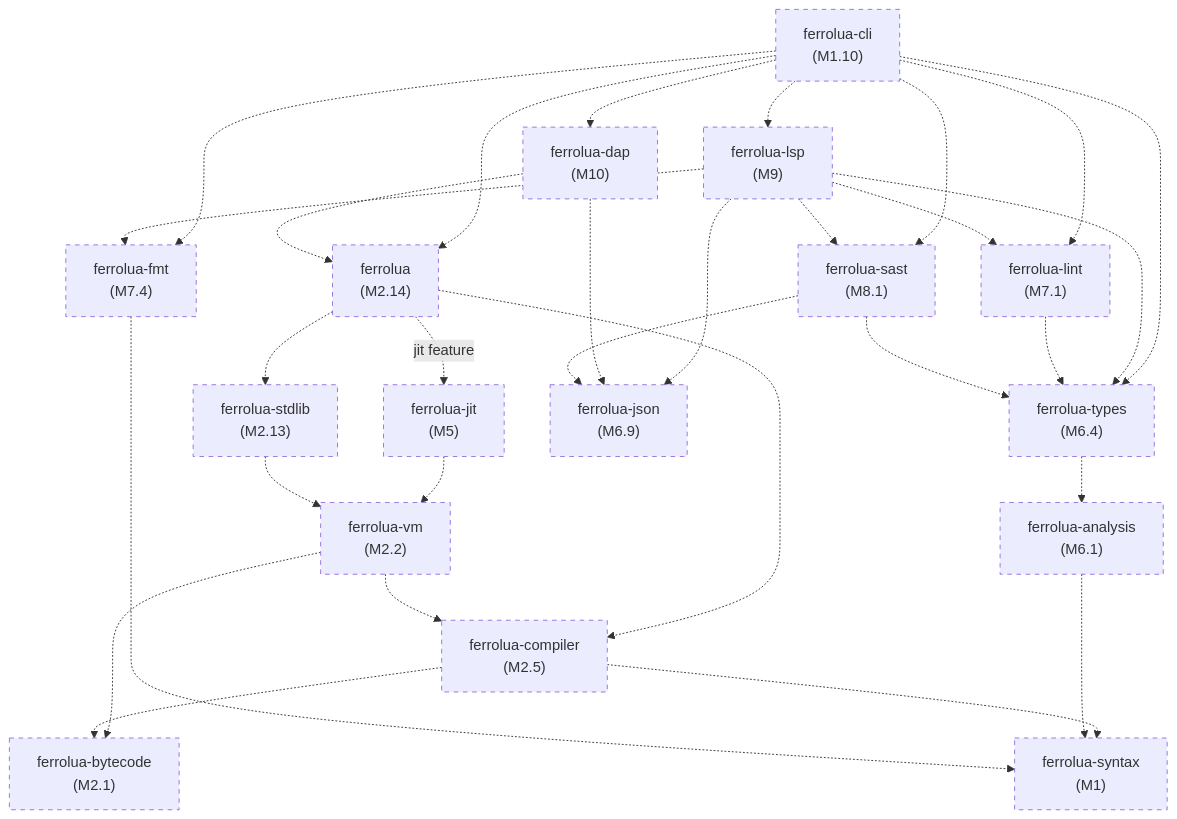
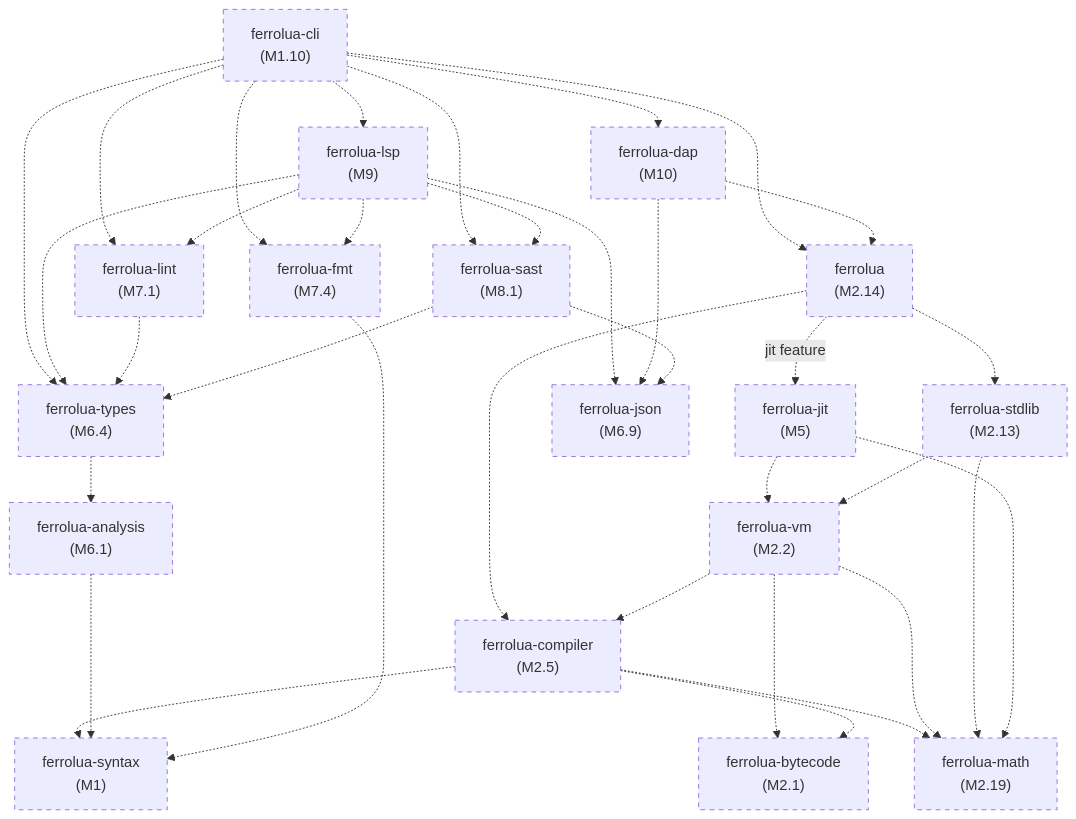
Before and after one commit to jabbott-iii/Ferrolua: the diagram in docs/01-architecture.md, drawn with Mermaid. The commit also changed other lines of this file and 17 other files, not shown here.

````diff
--- a/docs/01-architecture.md
+++ b/docs/01-architecture.md
@@ -83,51 +85,56 @@
 ```mermaid
 flowchart TB
   classDef planned stroke-dasharray: 5 5
 
   cli["ferrolua-cli<br/>(M1.10)"]:::planned
   lsp["ferrolua-lsp<br/>(M9)"]:::planned
   dap["ferrolua-dap<br/>(M10)"]:::planned
   api["ferrolua<br/>(M2.14)"]:::planned
   lint["ferrolua-lint<br/>(M7.1)"]:::planned
   sast["ferrolua-sast<br/>(M8.1)"]:::planned
   fmt["ferrolua-fmt<br/>(M7.4)"]:::planned
   types["ferrolua-types<br/>(M6.4)"]:::planned
   analysis["ferrolua-analysis<br/>(M6.1)"]:::planned
   jit["ferrolua-jit<br/>(M5)"]:::planned
   stdlib["ferrolua-stdlib<br/>(M2.13)"]:::planned
   vm["ferrolua-vm<br/>(M2.2)"]:::planned
   compiler["ferrolua-compiler<br/>(M2.5)"]:::planned
   bytecode["ferrolua-bytecode<br/>(M2.1)"]:::planned
   syntax["ferrolua-syntax<br/>(M1)"]:::planned
   json["ferrolua-json<br/>(M6.9)"]:::planned
+  math["ferrolua-math<br/>(M2.19)"]:::planned
 
   cli -.-> api
   cli -.-> lsp
   cli -.-> dap
   cli -.-> lint
   cli -.-> sast
   cli -.-> fmt
   cli -.-> types
   lsp -.-> types
   lsp -.-> lint
   lsp -.-> sast
   lsp -.-> fmt
   lsp -.-> json
   dap -.-> api
   dap -.-> json
   api -. jit feature .-> jit
   api -.-> stdlib
   api -.-> compiler
   jit -.-> vm
   stdlib -.-> vm
   vm -.-> compiler
   vm -.-> bytecode
   compiler -.-> syntax
   compiler -.-> bytecode
+  compiler -.-> math
+  vm -.-> math
+  stdlib -.-> math
+  jit -.-> math
   lint -.-> types
   sast -.-> types
   sast -.-> json
   types -.-> analysis
   analysis -.-> syntax
   fmt -.-> syntax
 ```
````
